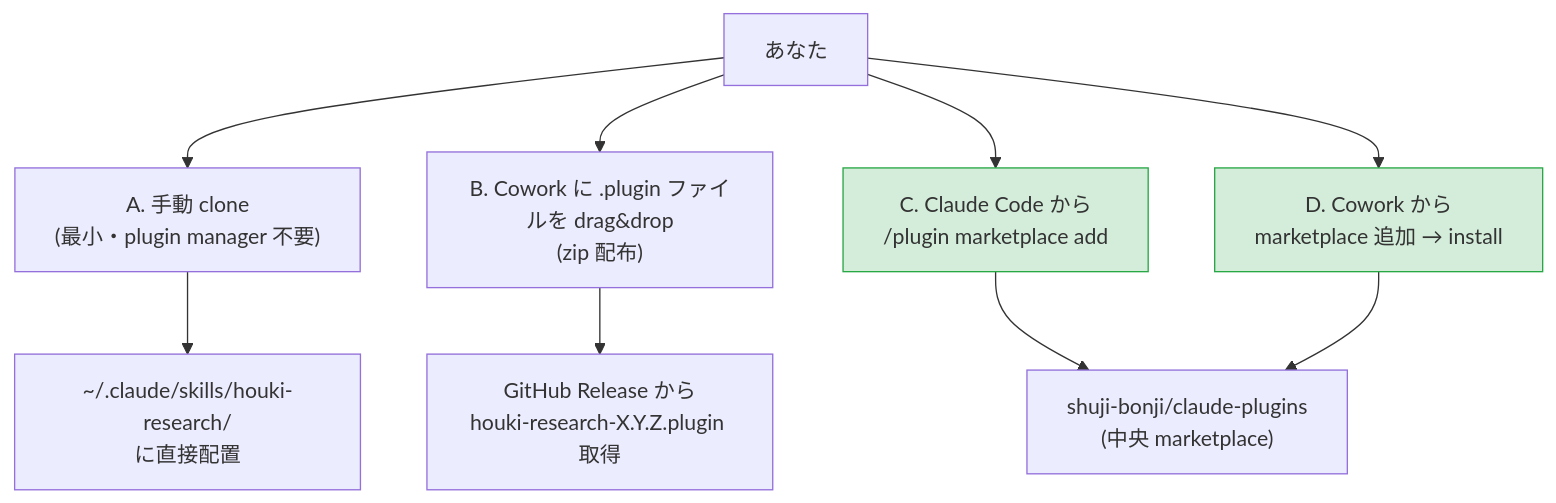
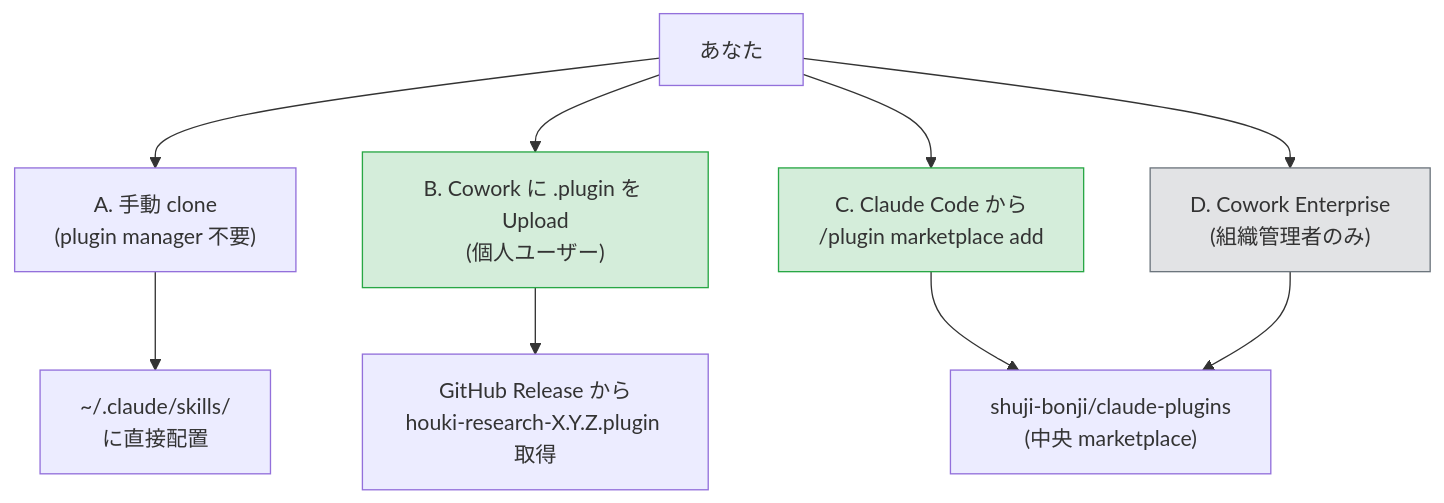
Before and after one commit to shuji-bonji/houki-research-skill: the second of 2 diagrams in README.md, drawn with Mermaid. The commit also changed other lines of this file, not shown here.

````diff
--- a/README.md
+++ b/README.md
@@ -60,16 +60,18 @@
 ```mermaid
 graph TB
   user[あなた]
-  user --> A["A. 手動 clone<br/>(最小・plugin manager 不要)"]
-  user --> B["B. Cowork に .plugin ファイルを drag&drop<br/>(zip 配布)"]
+  user --> A["A. 手動 clone<br/>(plugin manager 不要)"]
+  user --> B["B. Cowork に .plugin を Upload<br/>(個人ユーザー)"]
   user --> C["C. Claude Code から<br/>/plugin marketplace add"]
-  user --> D["D. Cowork から<br/>marketplace 追加 → install"]
+  user --> D["D. Cowork Enterprise<br/>(組織管理者のみ)"]
 
-  A --> dirA["~/.claude/skills/houki-research/<br/>に直接配置"]
+  A --> dirA["~/.claude/skills/<br/>に直接配置"]
   B --> rel["GitHub Release から<br/>houki-research-X.Y.Z.plugin 取得"]
   C --> mp["shuji-bonji/claude-plugins<br/>(中央 marketplace)"]
   D --> mp
 
   classDef rec fill:#d4edda,stroke:#28a745
-  class C,D rec
+  classDef ent fill:#e2e3e5,stroke:#6c757d
+  class B,C rec
+  class D ent
 ```
````
